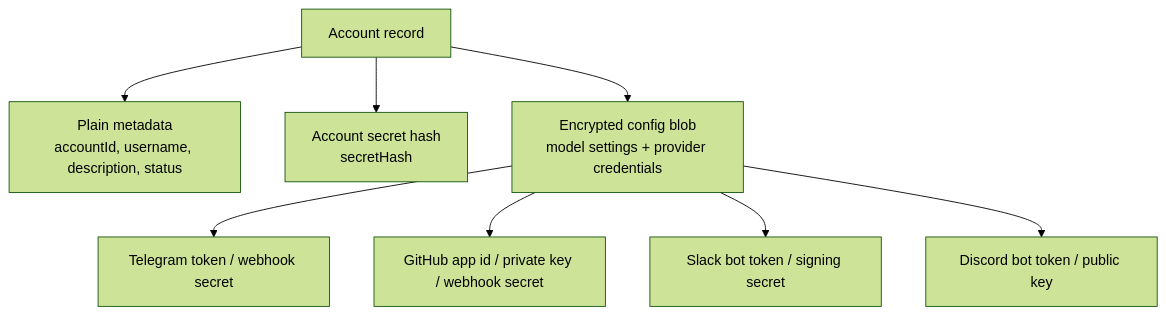
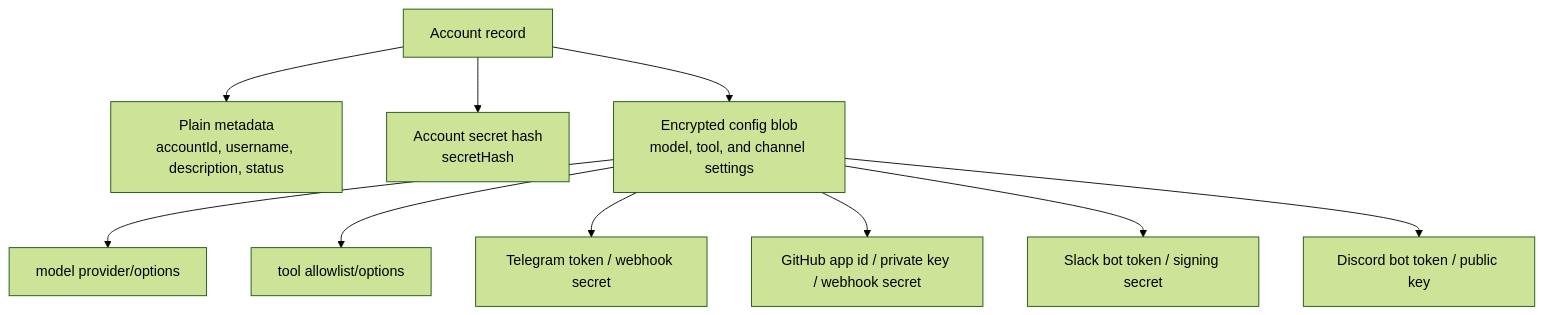
Before and after one commit to beeblastco/filthy-panty: the first of 2 diagrams in docs/data-security.md, drawn with Mermaid (forest theme). The commit also changed other lines of this file and 18 other files, not shown here.

Commit message:
feat: add tool configure options when create new account + add different model provider based on vercel-ai sdk

````diff
--- a/docs/data-security.md
+++ b/docs/data-security.md
@@ -7,11 +7,13 @@
 ```mermaid
 flowchart TD
   Account["Account record"] --> Meta["Plain metadata<br/>accountId, username, description, status"]
   Account --> Hash["Account secret hash<br/>secretHash"]
-  Account --> Config["Encrypted config blob<br/>model settings + provider credentials"]
+  Account --> Config["Encrypted config blob<br/>model, tool, and channel settings"]
 
+  Config --> Model["model provider/options"]
+  Config --> Tools["tool allowlist/options"]
   Config --> Telegram["Telegram token / webhook secret"]
   Config --> GitHub["GitHub app id / private key / webhook secret"]
   Config --> Slack["Slack bot token / signing secret"]
   Config --> Discord["Discord bot token / public key"]
 ```
````
